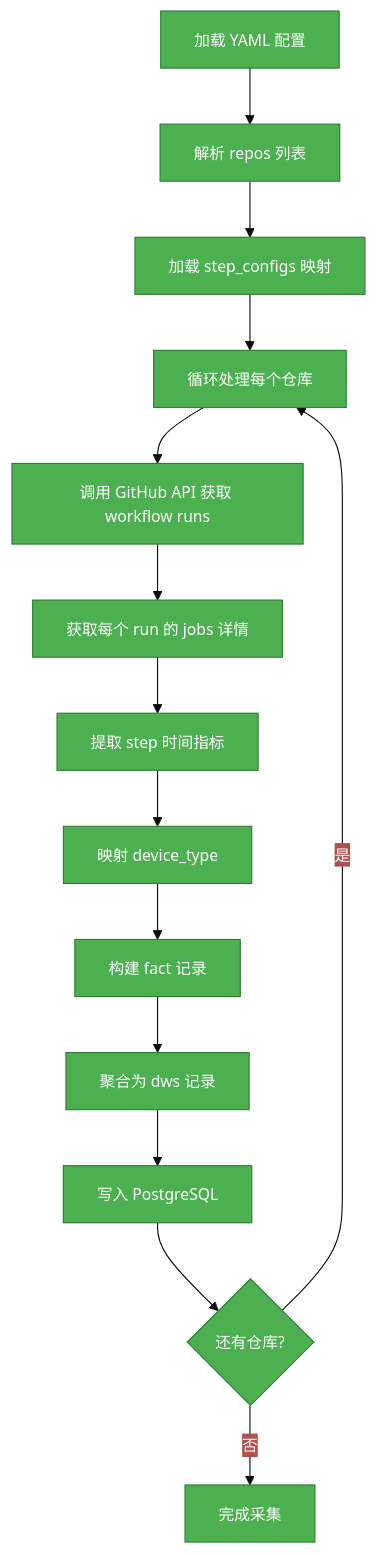
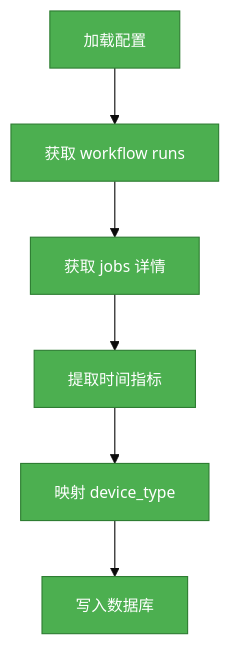
One commit to GeorgeCao-hw/backlog-test changed the diagram in opensourceways/backlog/issue_docs/148/Requirement Analysis/#148 Requirement Analysis Specification.md. Above: the diagram before and after it, drawn with Mermaid. The commit also changed other lines of this file and 1 other file, not shown here.

````diff
--- a/opensourceways/backlog/issue_docs/148/Requirement Analysis/#148 Requirement Analysis Specification.md
+++ b/opensourceways/backlog/issue_docs/148/Requirement Analysis/#148 Requirement Analysis Specification.md
@@ -60,25 +55,17 @@
 ```mermaid
 %%{init: {
   'theme': 'base',
   'themeVariables': {
     'primaryColor': '#4caf50',
     'primaryBorderColor': '#2e7d32',
     'primaryTextColor': '#ffffff',
     'fontSize': '14px'
   }
 }}%%
 flowchart TD
-    A["加载 YAML 配置"] --> B["解析 repos 列表"]
-    B --> C["加载 step_configs 映射"]
-    C --> D["循环处理每个仓库"]
-    D --> E["调用 GitHub API 获取 workflow runs"]
-    E --> F["获取每个 run 的 jobs 详情"]
-    F --> G["提取 step 时间指标"]
-    G --> H["映射 device_type"]
-    H --> I["构建 fact 记录"]
-    I --> J["聚合为 dws 记录"]
-    J --> K["写入 PostgreSQL"]
-    K --> L{"还有仓库?"}
-    L -- 是 --> D
-    L -- 否 --> M["完成采集"]
+    A["加载配置"] --> B["获取 workflow runs"]
+    B --> C["获取 jobs 详情"]
+    C --> D["提取时间指标"]
+    D --> E["映射 device_type"]
+    E --> F["写入数据库"]
 ```
````
